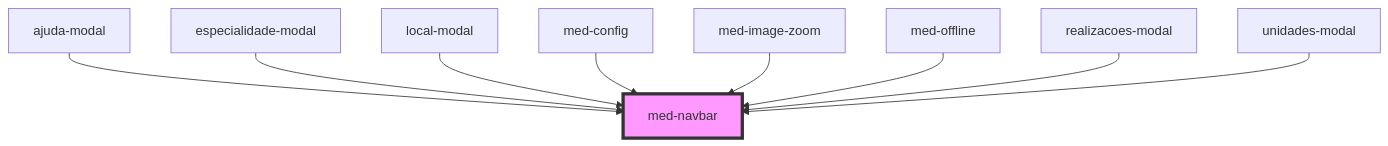
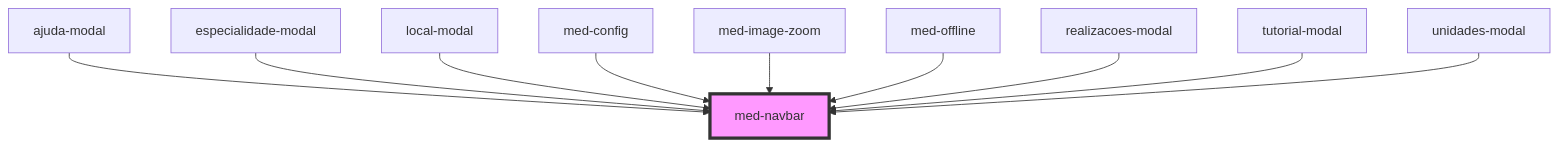
The diagram in core/src/components/@templarios/compositions/med-navbar/readme.md (MEDGRUPOGIT/ionic-framework-1), drawn with Mermaid before and after one commit. The commit also changed other lines of this file and 48 other files, not shown here.

````diff
--- a/core/src/components/@templarios/compositions/med-navbar/readme.md
+++ b/core/src/components/@templarios/compositions/med-navbar/readme.md
@@ -30,12 +31,13 @@
 ```mermaid
 graph TD;
   ajuda-modal --> med-navbar
   especialidade-modal --> med-navbar
   local-modal --> med-navbar
   med-config --> med-navbar
   med-image-zoom --> med-navbar
   med-offline --> med-navbar
   realizacoes-modal --> med-navbar
+  tutorial-modal --> med-navbar
   unidades-modal --> med-navbar
   style med-navbar fill:#f9f,stroke:#333,stroke-width:4px
 ```
````
